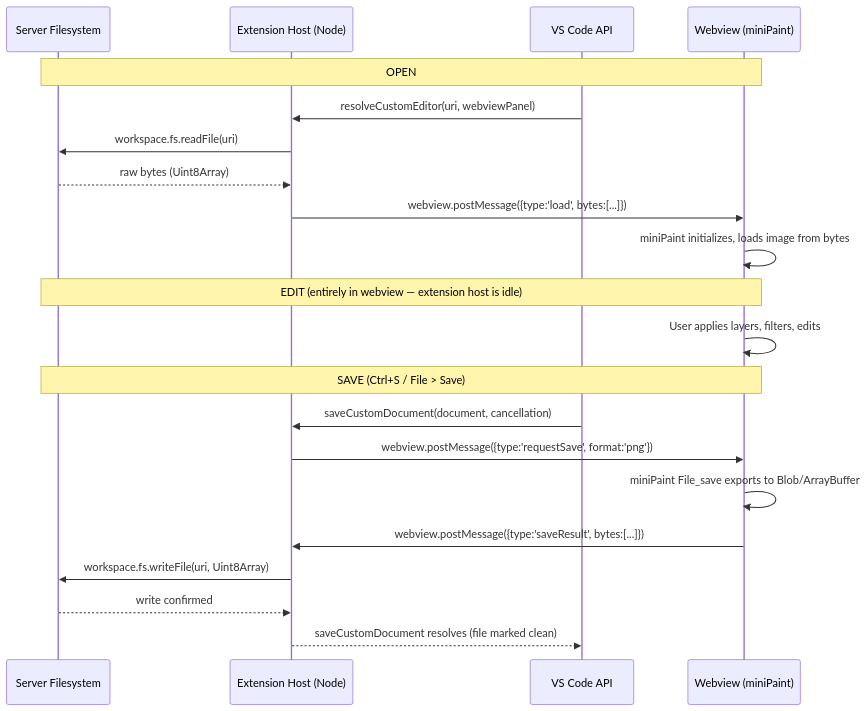
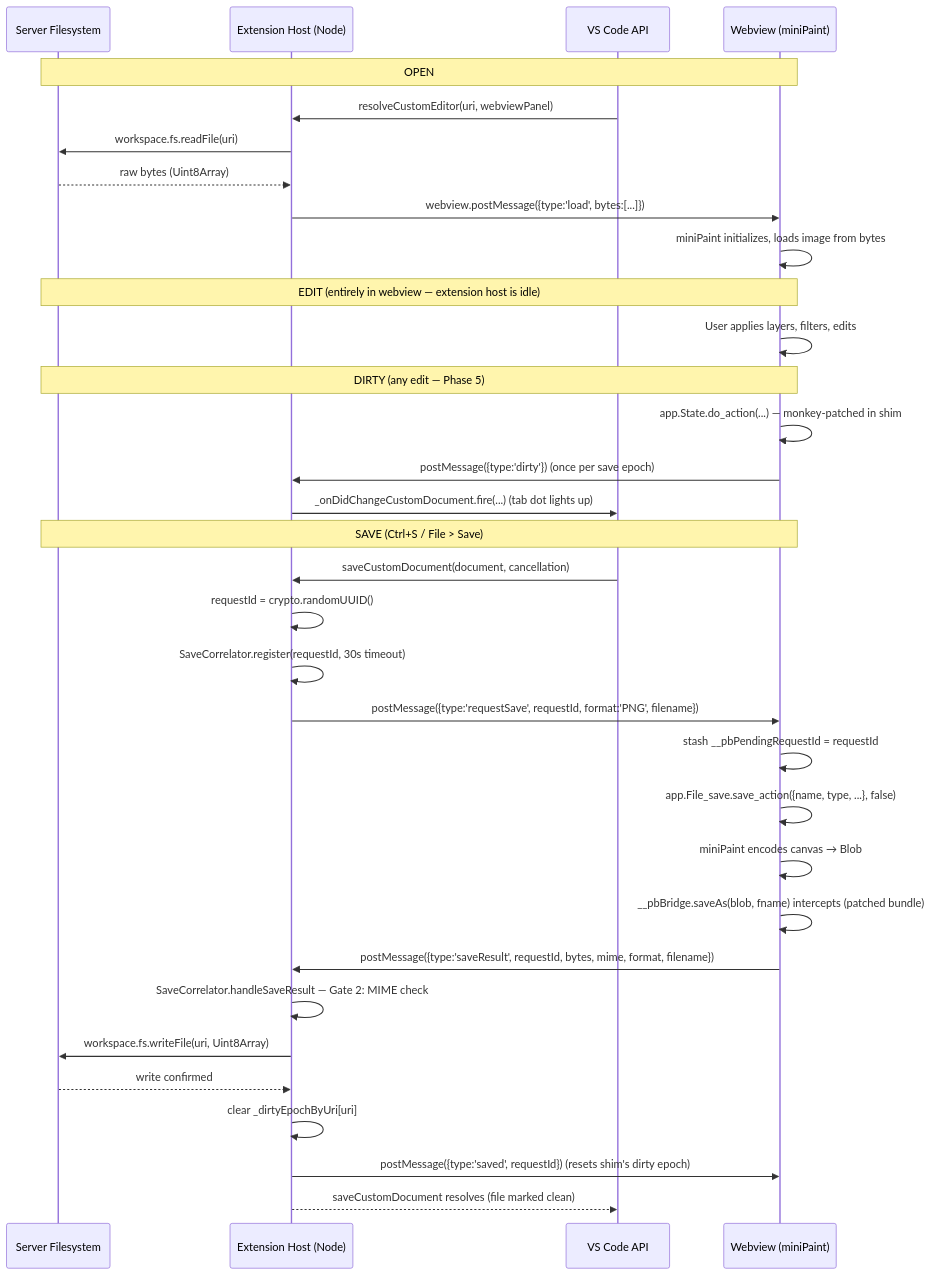
Before and after one commit to NateDogDotNet/paintbox: the diagram in docs/architecture.md, drawn with Mermaid. The commit also changed 7 other files, not shown here.

First line of the commit message:
phase 5: host-side write — close the save round-trip

````diff
--- a/docs/architecture.md
+++ b/docs/architecture.md
@@ -26,26 +26,39 @@
 ```mermaid
 sequenceDiagram
     participant FS as Server Filesystem
     participant Host as Extension Host (Node)
     participant API as VS Code API
     participant WV as Webview (miniPaint)
 
     Note over FS,WV: OPEN
     API->>Host: resolveCustomEditor(uri, webviewPanel)
     Host->>FS: workspace.fs.readFile(uri)
     FS-->>Host: raw bytes (Uint8Array)
     Host->>WV: webview.postMessage({type:'load', bytes:[...]})
     WV->>WV: miniPaint initializes, loads image from bytes
 
     Note over FS,WV: EDIT (entirely in webview — extension host is idle)
     WV->>WV: User applies layers, filters, edits
 
+    Note over FS,WV: DIRTY (any edit — Phase 5)
+    WV->>WV: app.State.do_action(...) — monkey-patched in shim
+    WV->>Host: postMessage({type:'dirty'})  (once per save epoch)
+    Host->>API: _onDidChangeCustomDocument.fire(...)  (tab dot lights up)
+
     Note over FS,WV: SAVE (Ctrl+S / File > Save)
     API->>Host: saveCustomDocument(document, cancellation)
-    Host->>WV: webview.postMessage({type:'requestSave', format:'png'})
-    WV->>WV: miniPaint File_save exports to Blob/ArrayBuffer
-    WV->>Host: webview.postMessage({type:'saveResult', bytes:[...]})
+    Host->>Host: requestId = crypto.randomUUID()
+    Host->>Host: SaveCorrelator.register(requestId, 30s timeout)
+    Host->>WV: postMessage({type:'requestSave', requestId, format:'PNG', filename})
+    WV->>WV: stash __pbPendingRequestId = requestId
+    WV->>WV: app.File_save.save_action({name, type, ...}, false)
+    WV->>WV: miniPaint encodes canvas → Blob
+    WV->>WV: __pbBridge.saveAs(blob, fname) intercepts (patched bundle)
+    WV->>Host: postMessage({type:'saveResult', requestId, bytes, mime, format, filename})
+    Host->>Host: SaveCorrelator.handleSaveResult — Gate 2: MIME check
     Host->>FS: workspace.fs.writeFile(uri, Uint8Array)
     FS-->>Host: write confirmed
+    Host->>Host: clear _dirtyEpochByUri[uri]
+    Host->>WV: postMessage({type:'saved', requestId})  (resets shim's dirty epoch)
     Host-->>API: saveCustomDocument resolves (file marked clean)
 ```
````
